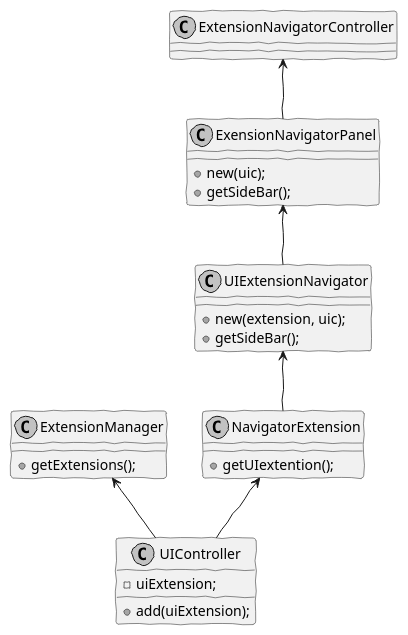
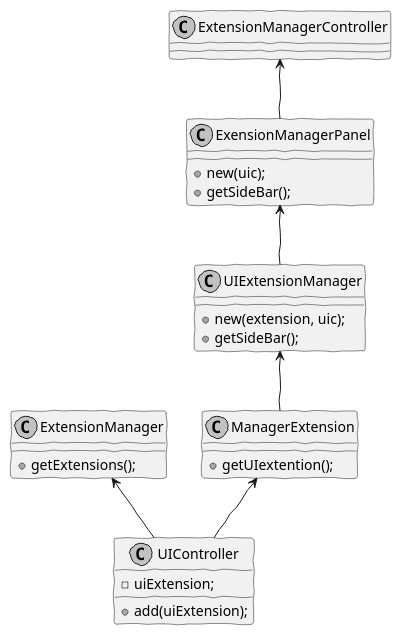
One commit to PeFerreira98/ISEP.Lic.LAPR4_2017 changed the diagram in src/main/java/lapr4/red/s1/core/n1131106/extensionsmanager/core01_01_design_dc.puml. Above: the diagram before and after it, drawn with PlantUML. The commit also changed 12 other files, not shown here.

```diff
--- a/src/main/java/lapr4/red/s1/core/n1131106/extensionsmanager/core01_01_design_dc.puml
+++ b/src/main/java/lapr4/red/s1/core/n1131106/extensionsmanager/core01_01_design_dc.puml
@@ -1,40 +1,40 @@
 @startuml core01_01_design_dc.png
 skinparam handwritten true
 skinparam monochrome true
 skinparam packageStyle rect
 skinparam defaultFontName FG Virgil
 skinparam shadowing false
     
     class UIController {
         -uiExtension;
         +add(uiExtension);
     }    
 
     class ExtensionManager {
         +getExtensions();
     }
-    class NavigatorExtension {
+    class ManagerExtension {
         +getUIextention();
     }
 
-    class UIExtensionNavigator {
+    class UIExtensionManager {
         +new(extension, uic);
         +getSideBar();
     }
 
-    class ExensionNavigatorPanel {
+    class ExensionManagerPanel {
         +new(uic);
         +getSideBar();
     }
 
-     class ExtensionNavigatorController{
+     class ExtensionManagerController{
       }
 
     
     ExtensionManager <-- UIController
-    NavigatorExtension <-- UIController
-    UIExtensionNavigator <-- NavigatorExtension
-    ExensionNavigatorPanel <-- UIExtensionNavigator
-     ExtensionNavigatorController <-- ExensionNavigatorPanel
+    ManagerExtension <-- UIController
+    UIExtensionManager <-- ManagerExtension
+    ExensionManagerPanel <-- UIExtensionManager
+     ExtensionManagerController <-- ExensionManagerPanel
 
 @enduml
```
